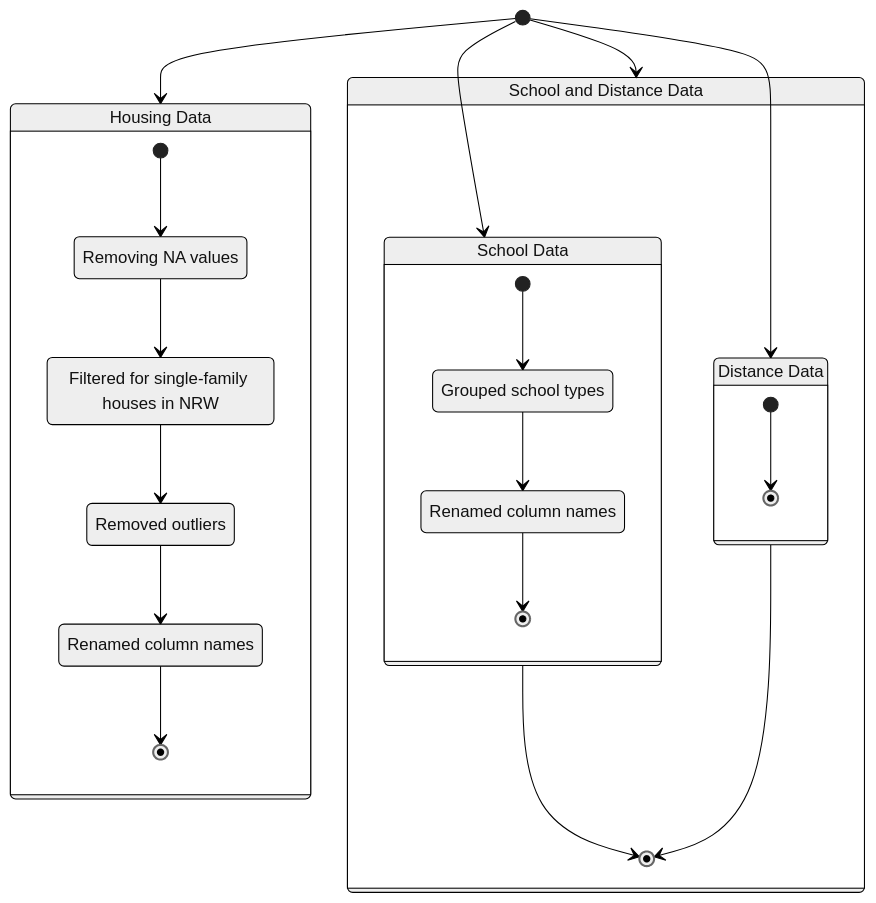
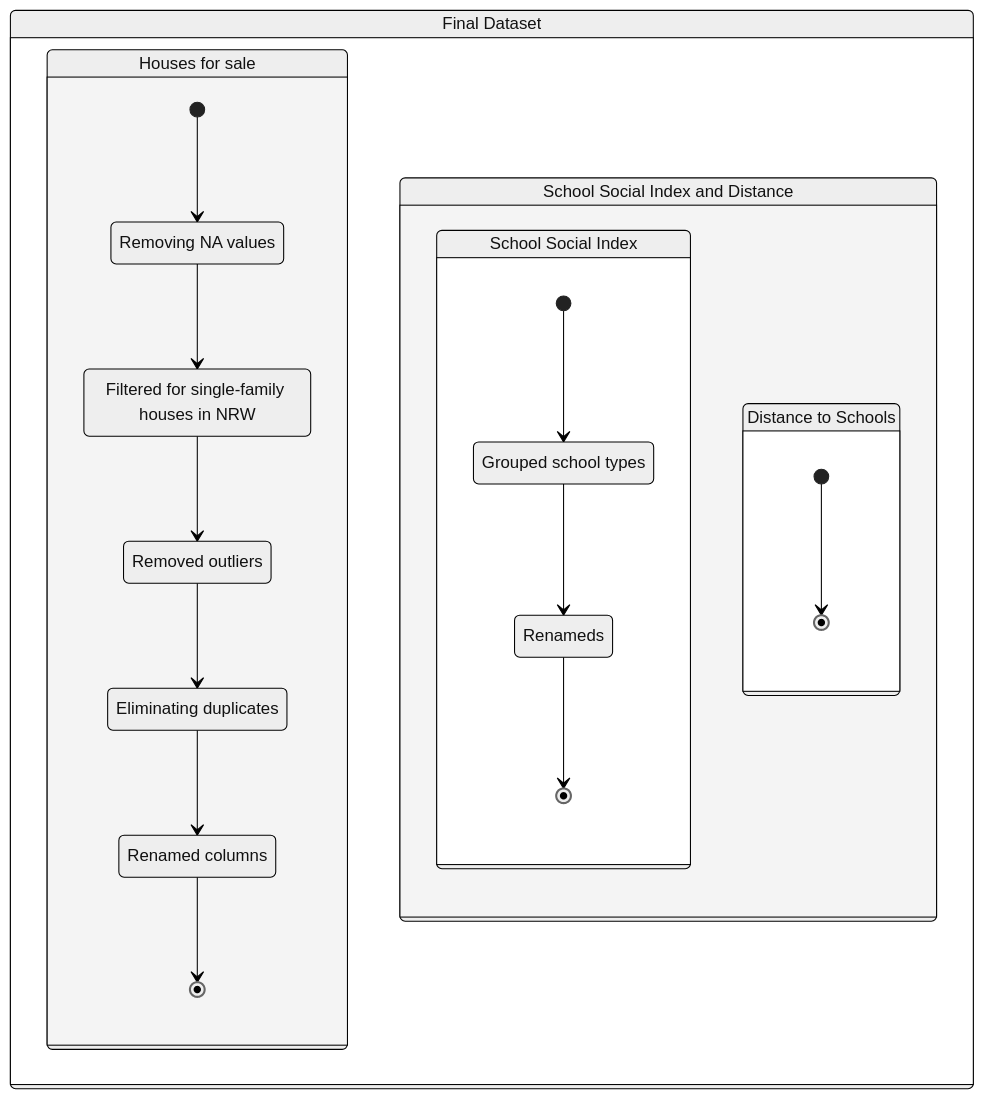
One commit to Sall2008/Data-Analysis-Using-R-Project- changed the first of 6 diagrams in presentation_results.qmd. Above: the diagram before and after it, drawn with Mermaid (neutral theme). The commit also changed other lines of this file and 1 other file, not shown here.

Commit message:
Worked on the graphics:
Done:
- Fixed the issue that the graphic was not centered, only when having a title assigned. I have wrapped it in pandoc divs ::: and assigned a div class.
- Finished working on the first graphic as discussed in the meeting earlier today

Not done:
- Other graphs have to be removed

````diff
--- a/presentation_results.qmd
+++ b/presentation_results.qmd
@@ -109,44 +110,47 @@
 ```{mermaid}
-%%| label: fig-data_cleaning
-%%| fig-height: 2.5
-%%| fig-align: center
+%%| fig-height: 2.9
+
 stateDiagram-v2
-    
-    [*] --> Housing
-    Housing: Housing Data
-    state Housing {
-        NA: Removing NA values
-        File: Filtered for single-family houses in NRW
-        Outl: Removed outliers
-        Muta: Renamed column names
-        [*]   --> NA
-        NA --> File
-        File --> Outl
-        Outl --> Muta
-        Muta -->[*]
+    direction LR
+
+    Final: Final Dataset
+    state Final {
+        
+        Housing: Houses for sale
+        state Housing {
+            [*] --> NA
+            NA: Removing NA values
+            NA --> File
+            File: Filtered for single-family houses in NRW
+            File --> Outl
+            Outl: Removed outliers
+            Outl --> Dedu
+            Dedu: Eliminating duplicates 
+            Dedu --> Muta
+            Muta: Renamed columns
+            Muta --> [*]
+        }
+        
+        School_Dist: School Social Index and Distance
+        state School_Dist {
+
+            Index: School Social Index
+            state Index {
+                [*] --> Types
+                Types: Grouped school types
+                Types --> Muta2
+                Muta2: Renameds
+                Muta2 --> [*]
+            }
+
+
+            Dist: Distance to Schools
+            state Dist {
+                [*] --> [*]
+            }
+
+        }
+
     }
-    
-    [*] --> Index
-    Index: School Data
-    state Index {
-        Types: Grouped school types
-        Muta2: Renamed column names
-        [*] --> Types
-        Types --> Muta2
-        Muta2 --> [*]
-    }
-    
-    [*] --> Dist
-    Dist: Distance Data
-    state Dist {
-        [*] --> [*]
-    }
-    
-    [*] --> School_Dist
-    School_Dist: School and Distance Data
-    state School_Dist {
-        Index --> [*]
-        Dist --> [*]
-    }
-    
+
 ```
````
